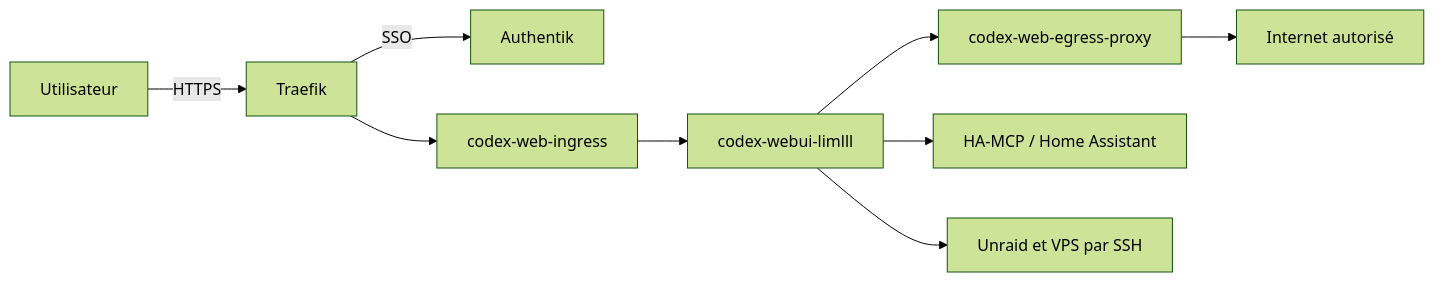
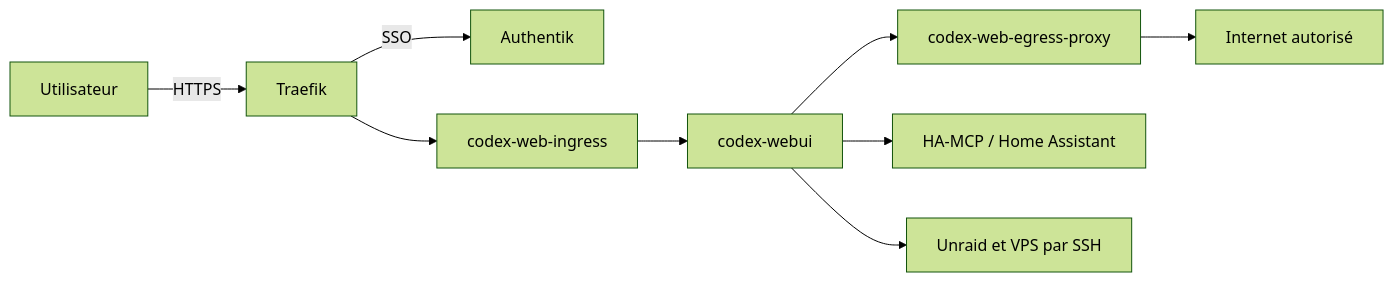
Before and after one commit to maxhugit/codex-webui-unraid: the diagram in README.md, drawn with Mermaid (forest theme). The commit also changed other lines of this file and 6 other files, not shown here.

Commit message:
refactor(unraid): renommer le conteneur principal codex-webui

````diff
--- a/README.md
+++ b/README.md
@@ -29,11 +29,11 @@
 ```mermaid
 flowchart LR
     U[Utilisateur] -->|HTTPS| T[Traefik]
     T -->|SSO| A[Authentik]
     T --> N[codex-web-ingress]
-    N --> C[codex-webui-limlll]
+    N --> C[codex-webui]
     C --> S[codex-web-egress-proxy]
     S --> I[Internet autorisé]
     C --> H[HA-MCP / Home Assistant]
     C --> X[Unraid et VPS par SSH]
 ```
````
